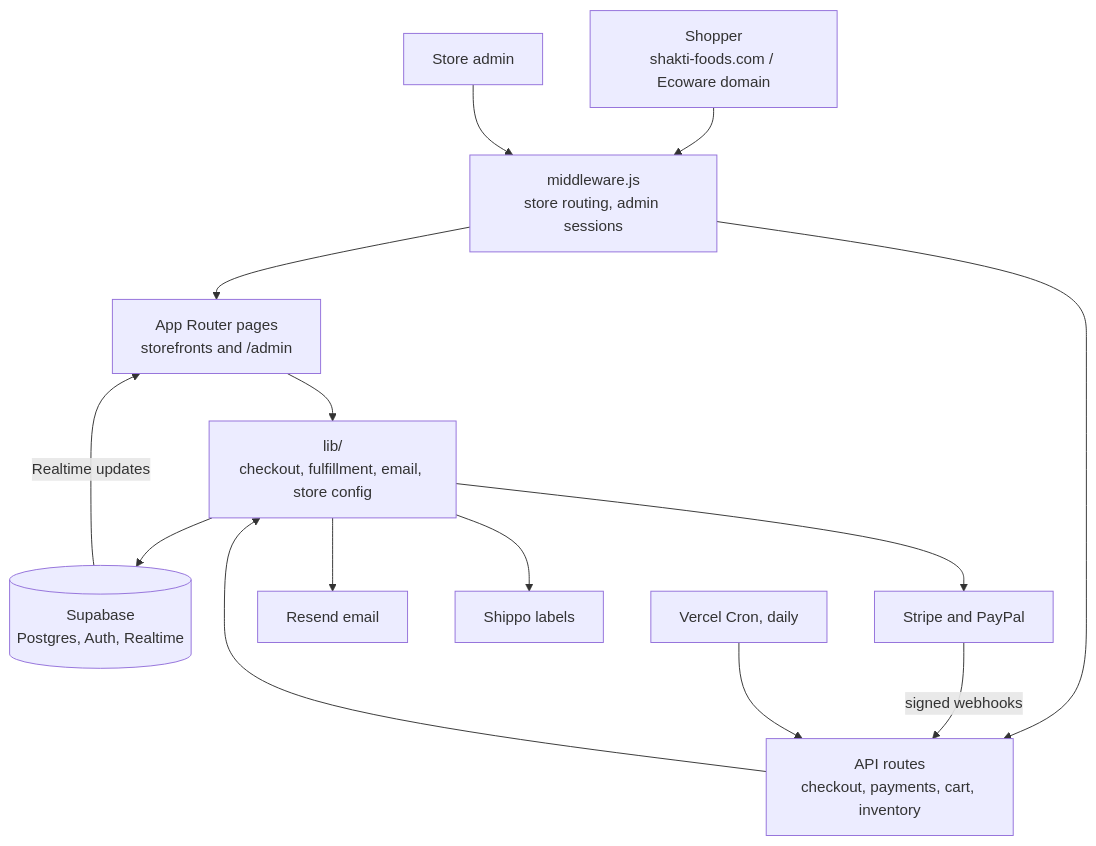
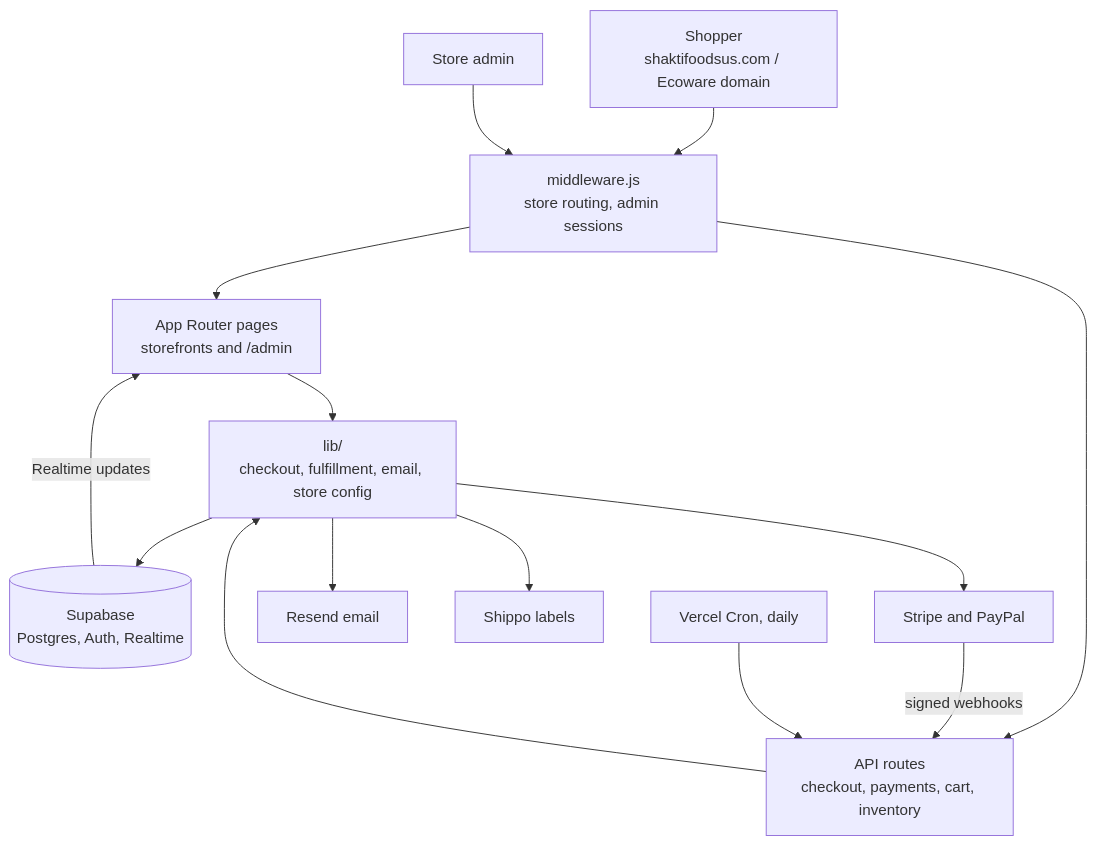
Before and after one commit to Dhananjay2799/shakti-foods: the first of 2 diagrams in README.md, drawn with Mermaid. The commit also changed other lines of this file and 8 other files, not shown here.

First line of the commit message:
Make shaktifoodsus.com the only Shakti Foods address

````diff
--- a/README.md
+++ b/README.md
@@ -36,16 +37,16 @@
 ```mermaid
 flowchart TD
-    Shopper["Shopper<br/>shakti-foods.com / Ecoware domain"] --> MW["middleware.js<br/>store routing, admin sessions"]
+    Shopper["Shopper<br/>shaktifoodsus.com / Ecoware domain"] --> MW["middleware.js<br/>store routing, admin sessions"]
     Admin["Store admin"] --> MW
     MW --> Pages["App Router pages<br/>storefronts and /admin"]
     MW --> API["API routes<br/>checkout, payments, cart, inventory"]
     Pages --> Lib["lib/<br/>checkout, fulfillment, email, store config"]
     API --> Lib
     Lib --> DB[("Supabase<br/>Postgres, Auth, Realtime")]
     Lib --> Pay["Stripe and PayPal"]
     Lib --> Mail["Resend email"]
     Lib --> Ship["Shippo labels"]
     Pay -- "signed webhooks" --> API
     Cron["Vercel Cron, daily"] --> API
     DB -- "Realtime updates" --> Pages
 ```
````
